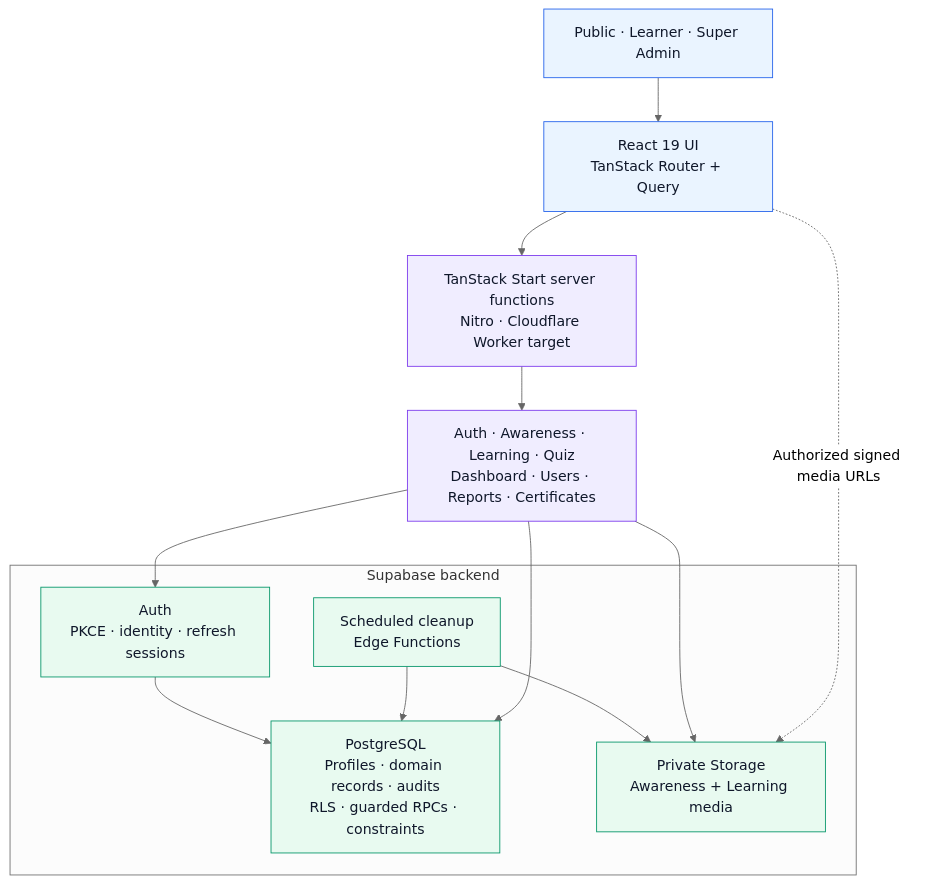
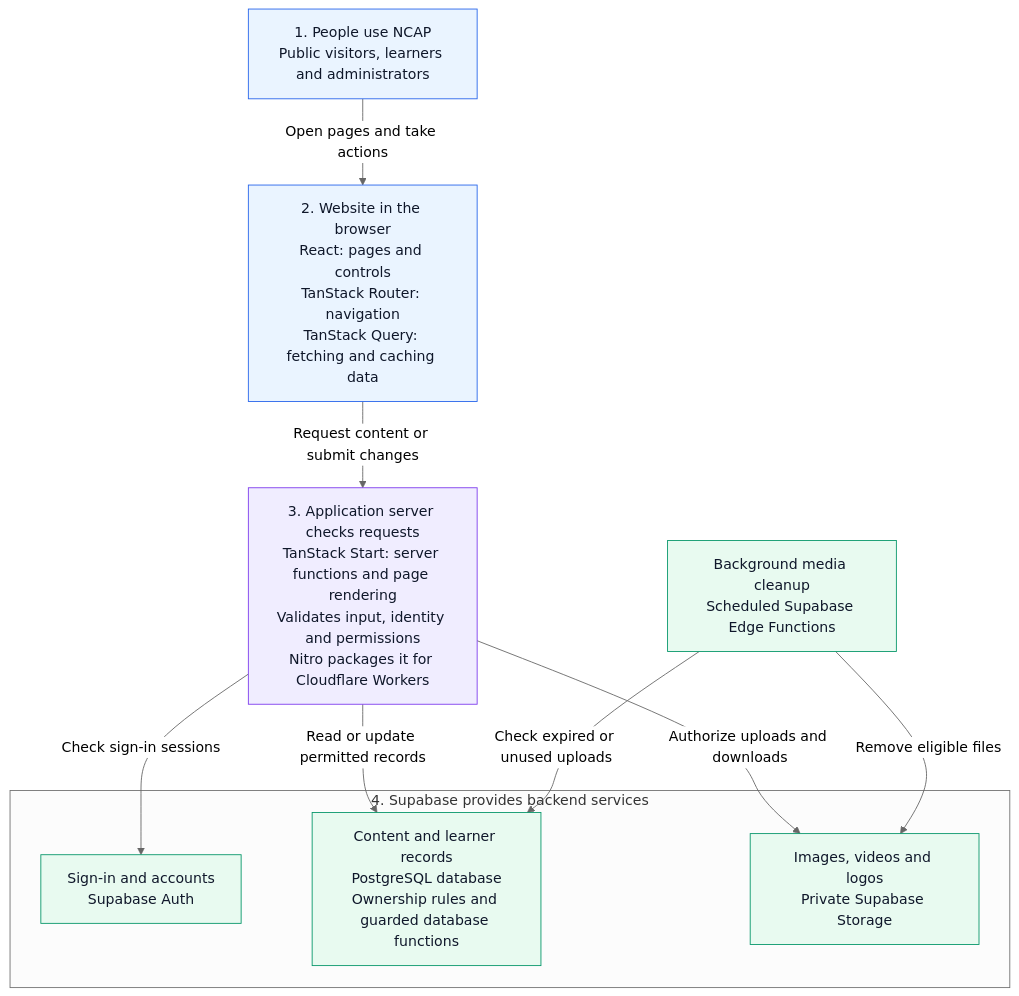
One commit to rizad-mohamed/NCAP changed the diagram in README.md. Above: the diagram before and after it, drawn with Mermaid (neutral theme). The commit also changed other lines of this file, not shown here.

Commit message:
docs: clarify technology stack and runtime architecture

````diff
--- a/README.md
+++ b/README.md
@@ -64,30 +66,30 @@
 ```mermaid
 flowchart TB
-    browser["Public · Learner · Super Admin"]
-    ui["React 19 UI<br/>TanStack Router + Query"]
-    worker["TanStack Start server functions<br/>Nitro · Cloudflare Worker target"]
-    domains["Auth · Awareness · Learning · Quiz<br/>Dashboard · Users · Reports · Certificates"]
-    browser --> ui --> worker --> domains
+    people["1. People use NCAP<br/>Public visitors, learners and administrators"]
+    interface["2. Website in the browser<br/>React: pages and controls<br/>TanStack Router: navigation<br/>TanStack Query: fetching and caching data"]
+    server["3. Application server checks requests<br/>TanStack Start: server functions and page rendering<br/>Validates input, identity and permissions<br/>Nitro packages it for Cloudflare Workers"]
 
-    subgraph backend["Supabase backend"]
-        auth["Auth<br/>PKCE · identity · refresh sessions"]
-        db["PostgreSQL<br/>Profiles · domain records · audits<br/>RLS · guarded RPCs · constraints"]
-        storage["Private Storage<br/>Awareness + Learning media"]
-        jobs["Scheduled cleanup<br/>Edge Functions"]
-        auth --> db
-        jobs --> db
-        jobs --> storage
+    people -->|"Open pages and take actions"| interface
+    interface -->|"Request content or submit changes"| server
+
+    subgraph supabase["4. Supabase provides backend services"]
+        identity["Sign-in and accounts<br/>Supabase Auth"]
+        records["Content and learner records<br/>PostgreSQL database<br/>Ownership rules and guarded database functions"]
+        files["Images, videos and logos<br/>Private Supabase Storage"]
     end
 
-    domains --> auth
-    domains --> db
-    domains --> storage
-    ui -. "Authorized signed media URLs" .-> storage
+    server -->|"Check sign-in sessions"| identity
+    server -->|"Read or update permitted records"| records
+    server -->|"Authorize uploads and downloads"| files
 
-    classDef client fill:#EAF4FF,stroke:#2563EB,color:#0F172A
-    classDef server fill:#F0EDFF,stroke:#7C3AED,color:#0F172A
-    classDef data fill:#E8FAF0,stroke:#059669,color:#0F172A
-    class browser,ui client
-    class worker,domains server
-    class auth,db,storage,jobs data
+    cleanup["Background media cleanup<br/>Scheduled Supabase Edge Functions"]
+    cleanup -->|"Check expired or unused uploads"| records
+    cleanup -->|"Remove eligible files"| files
+
+    classDef peopleStyle fill:#EAF4FF,stroke:#2563EB,color:#0F172A
+    classDef applicationStyle fill:#F0EDFF,stroke:#7C3AED,color:#0F172A
+    classDef backendStyle fill:#E8FAF0,stroke:#059669,color:#0F172A
+    class people,interface peopleStyle
+    class server applicationStyle
+    class identity,records,files,cleanup backendStyle
 ```
````
